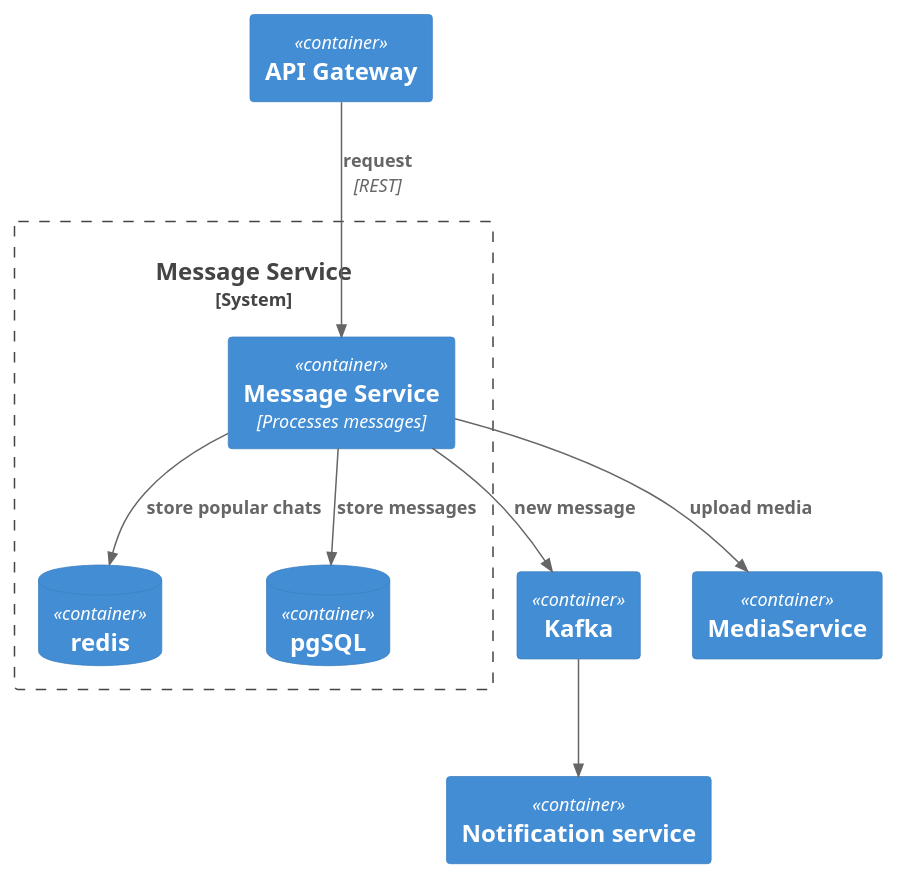
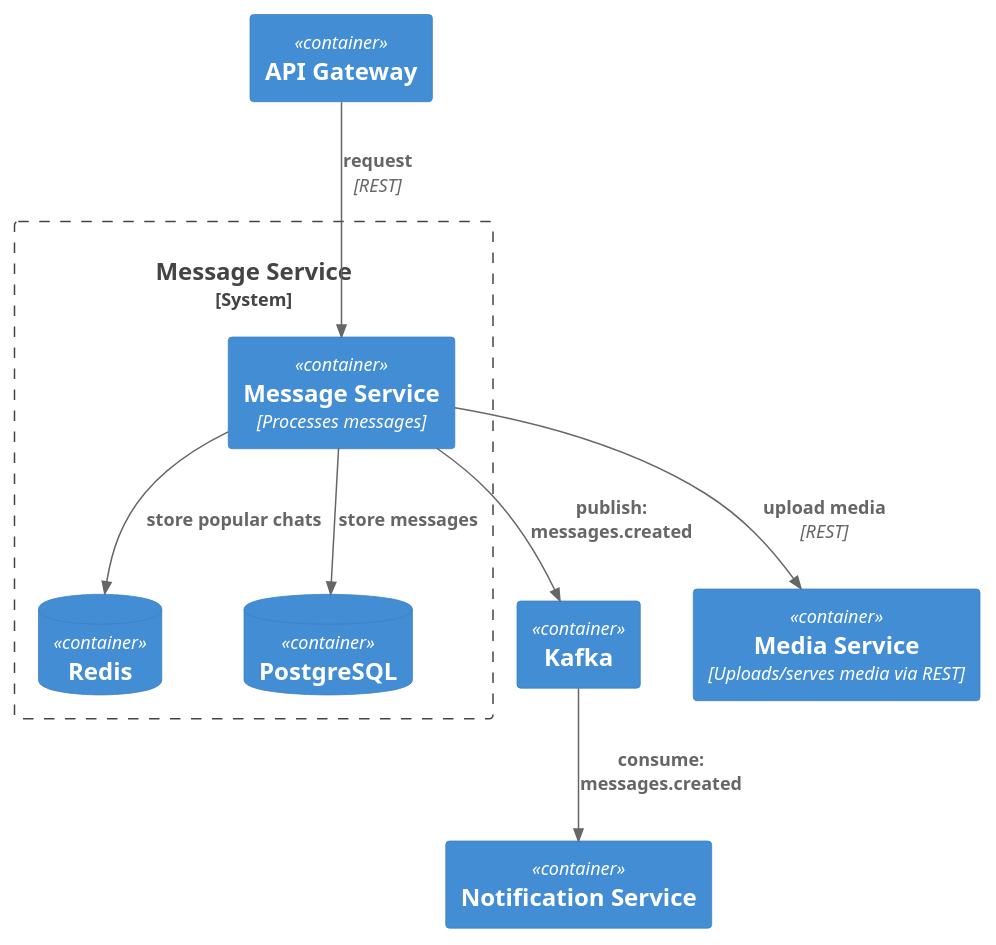
The diagram in architecture/с4_design/c2_level/message_service/message_service.puml (MisyuraIlya/social_network_system_design), drawn with PlantUML before and after one commit. The commit also changed 1 other file, not shown here.

Commit message:
change namings in c2 design for messages

```diff
--- a/architecture/с4_design/c2_level/message_service/message_service.puml
+++ b/architecture/с4_design/c2_level/message_service/message_service.puml
@@ -1,24 +1,22 @@
 @startuml
 !include <C4/C4_Container>
 
 Container(apiGateway, "API Gateway")
 Container(kafka, "Kafka", "")
-Container(s3, "MediaService", "")
-Container(notifycationService, "Notification service", "")
-
+Container(mediaService, "Media Service", "Uploads/serves media via REST")
+Container(notificationService, "Notification Service", "")
 
 System_Boundary(MessageSystem, "Message Service") {
     Container(MessageService, "Message Service", "Processes messages")
-    ContainerDb(redis, "redis")
-    ContainerDb(pgSQL, "pgSQL")
+    ContainerDb(redis, "Redis")
+    ContainerDb(pgSQL, "PostgreSQL")
 }
 
 Rel(apiGateway, MessageService, "request", "REST")
 Rel(MessageService, redis, "store popular chats")
 Rel(MessageService, pgSQL, "store messages")
-Rel(MessageService, s3, "upload media")
-Rel(MessageService, kafka, "new message")
-Rel(kafka, notifycationService, "")
-
+Rel(MessageService, mediaService, "upload media", "REST")
+Rel(MessageService, kafka, "publish: messages.created")
+Rel(kafka, notificationService, "consume: messages.created")
 
 @enduml
```
